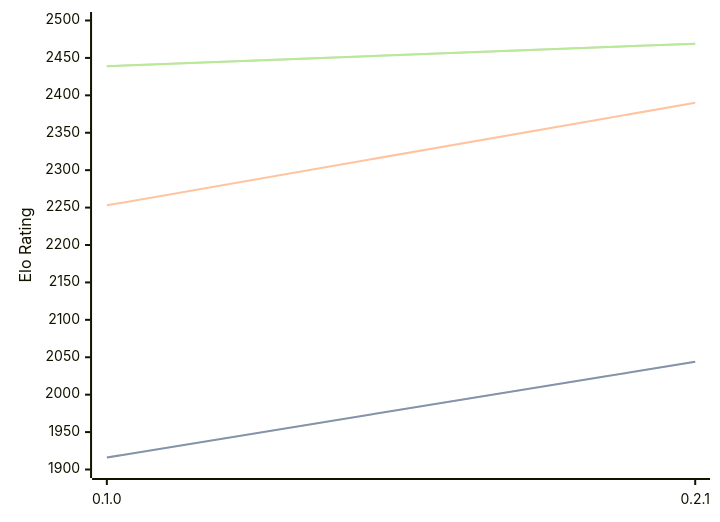
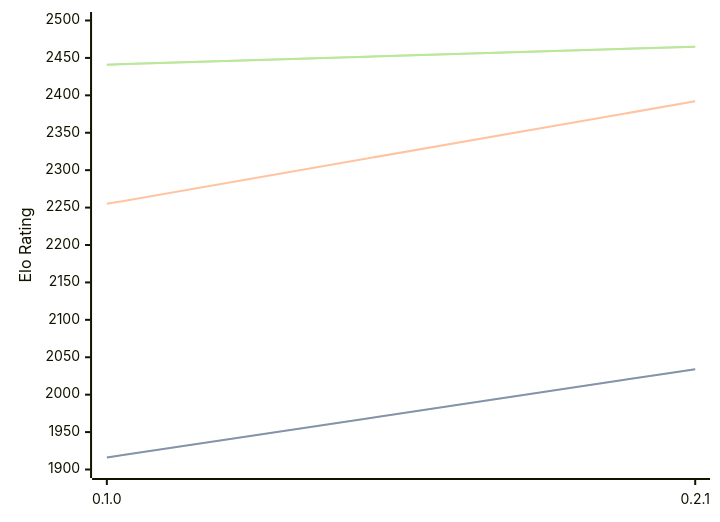
The diagram in engines/Sykora.md (computer-chess-index/cci), drawn with Mermaid before and after one commit. The commit also changed other lines of this file, not shown here.

Commit message:
Update CCI Ratings (ELO VLTC) - 2026-04-09

````diff
--- a/engines/Sykora.md
+++ b/engines/Sykora.md
@@ -33,11 +33,11 @@
 ```mermaid
 %%{init: {"theme":"base","themeVariables":{"seriesColors:['#a3a3a3','#222221','#faa371']}}}%%
 xychart-beta
   x-axis ["0.1.0", "0.2.1"]
   y-axis "Elo Rating" 1900 --> 2500
-  line "STC (8.0+0.08s)" [1916, 2044]
-  line "STC (8.0+0.08s)" [1916, 2044]
-  line "LTC (60.0+0.60s)" [2253, 2390]
-  line "VLTC (2m24s+1.12s)" [2439, 2469]
-  line "VLTC (2m24s+1.12s)" [2439, 2469]
+  line "STC (8.0+0.08s)" [1916, 2034]
+  line "STC (8.0+0.08s)" [1916, 2034]
+  line "LTC (60.0+0.60s)" [2255, 2392]
+  line "VLTC (2m24s+1.12s)" [2441, 2465]
+  line "VLTC (2m24s+1.12s)" [2441, 2465]
 ```
````
